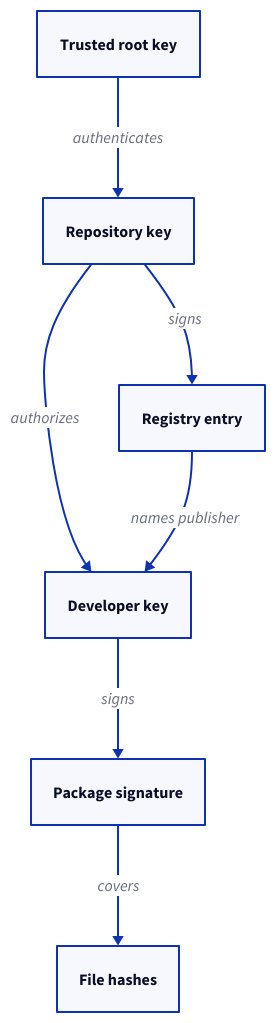
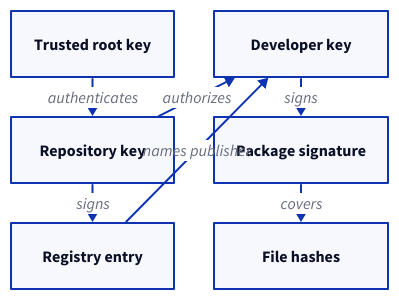
One commit to xila-project/website changed the second of 2 diagrams in src/content/docs/explanation/package-management.mdx. Above: the diagram before and after it, drawn with D2. The commit also changed other lines of this file and 3 other files, not shown here.

First line of the commit message:
docs(diagrams): fix the reviewed layouts of the converted diagrams

````diff
--- a/src/content/docs/explanation/package-management.mdx
+++ b/src/content/docs/explanation/package-management.mdx
@@ -53,17 +53,18 @@
 ```d2 title="Trust chain of a repository install"
 direction: down
+grid-columns: 2
 
 root_key: "Trusted root key" { class: key }
 repository_key: "Repository key" { class: key }
 entry: "Registry entry" { class: record }
 developer_key: "Developer key" { class: key }
 signature: "Package signature" { class: record }
-hashes: "File hashes" { class: stored }
+hashes: "File hashes" { class: component }
 
 root_key -> repository_key: authenticates { class: trust }
 repository_key -> entry: signs { class: trust }
 repository_key -> developer_key: authorizes { class: trust }
 entry -> developer_key: "names publisher"
 developer_key -> signature: signs { class: trust }
-signature -> hashes: covers { class: trust }
+signature -> hashes: covers
 ```
````
